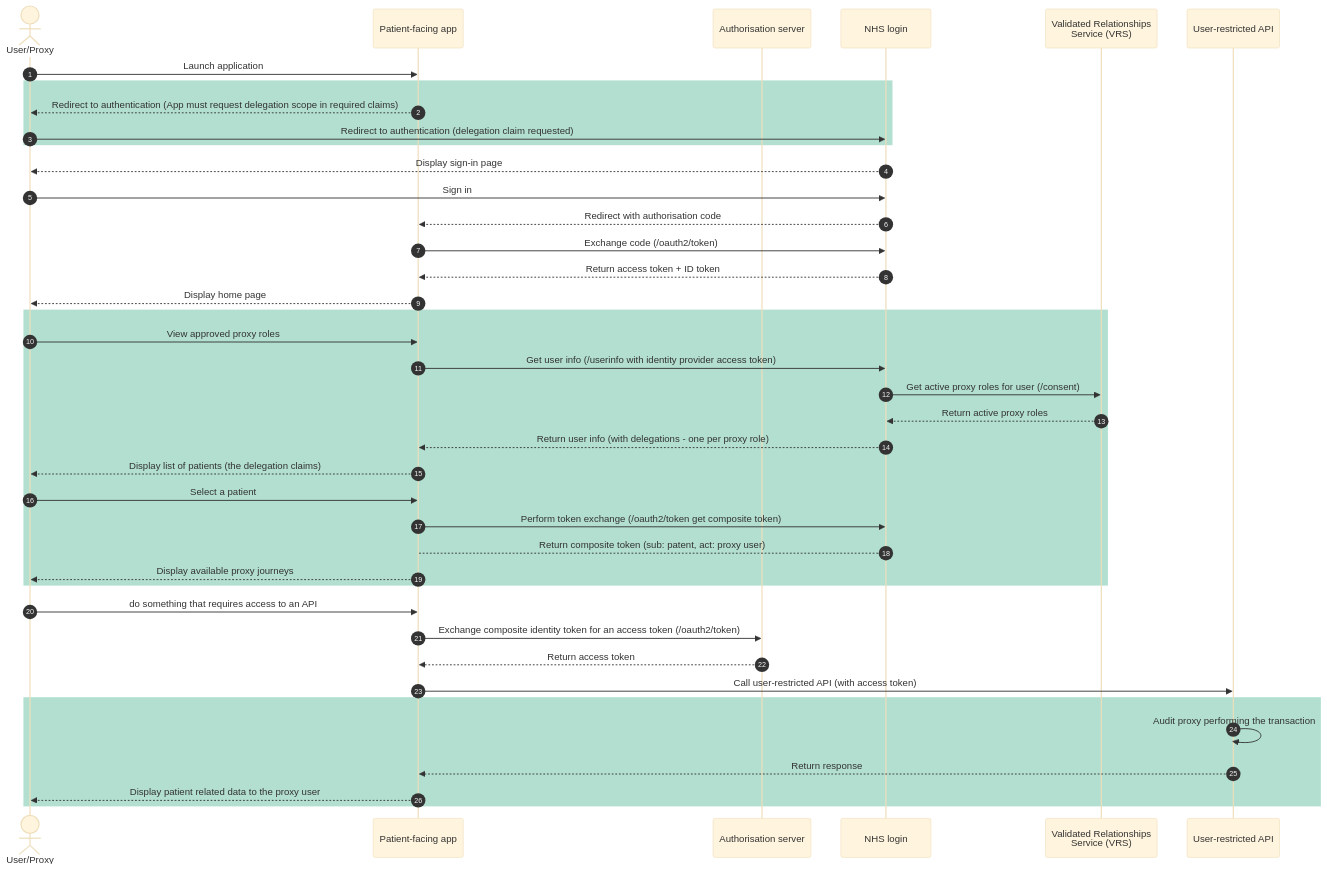
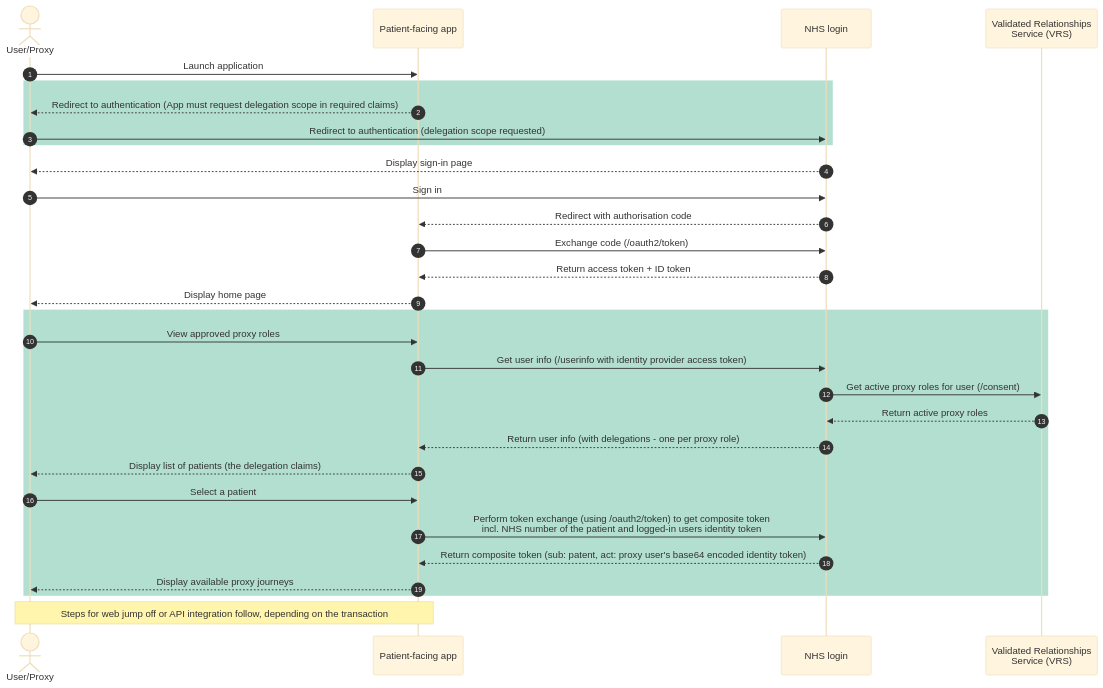
Before and after one commit to uk-gov-mirror/nhsdigital.national-proxy-service-integration-docs: the first of 3 diagrams in src/patient-facing-journeys/enable-proxy-access-to-services.md, drawn with Mermaid (base theme). The commit also changed other lines of this file and 6 other files, not shown here.

````diff
--- a/src/patient-facing-journeys/enable-proxy-access-to-services.md
+++ b/src/patient-facing-journeys/enable-proxy-access-to-services.md
@@ -52,43 +61,33 @@
 ```mermaid
 sequenceDiagram
   autonumber
   actor U as User/Proxy
   participant App as Patient-facing app
-  participant AS as Authorisation server
   participant Login as NHS login
   participant VRS as Validated Relationships <br /> Service (VRS)
-  participant API as User-restricted API
 
   U->>App: Launch application
   rect rgba(0, 150, 100, .3)
       App-->>U: Redirect to authentication (App must request delegation scope in required claims)
-      U->>Login: Redirect to authentication (delegation claim requested)
+      U->>Login: Redirect to authentication (delegation scope requested)
   end
   Login-->>U: Display sign-in page
   U->>Login: Sign in
   Login-->>App: Redirect with authorisation code
   App->>Login: Exchange code (/oauth2/token)
   Login-->>App: Return access token + ID token
   App-->>U: Display home page
   rect rgba(0, 150, 100, .3)
       U->>App: View approved proxy roles
       App->>Login: Get user info (/userinfo with identity provider access token)
       Login->>VRS: Get active proxy roles for user (/consent)
       VRS-->>Login: Return active proxy roles
       Login-->>App: Return user info (with delegations - one per proxy role)
       App -->>U: Display list of patients (the delegation claims)
       U->>App: Select a patient
-      App->>Login: Perform token exchange (/oauth2/token get composite token)
-      Login-->App: Return composite token (sub: patent, act: proxy user)
+      App->>Login: Perform token exchange (using /oauth2/token) to get composite token <br /> incl. NHS number of the patient and logged-in users identity token
+      Login-->>App: Return composite token (sub: patent, act: proxy user's base64 encoded identity token)
       App-->>U: Display available proxy journeys
   end
-  U->>App: do something that requires access to an API
-  App->>AS: Exchange composite identity token for an access token (/oauth2/token)
-  AS-->>App: Return access token
-  App->>API: Call user-restricted API (with access token)
-  rect rgba(0, 150, 100, .3)
-      API->>API: Audit proxy performing the transaction
-      API-->>App: Return response
-      App-->>U: Display patient related data to the proxy user
-  end
+  note over U,App: Steps for web jump off or API integration follow, depending on the transaction
 ```
````
